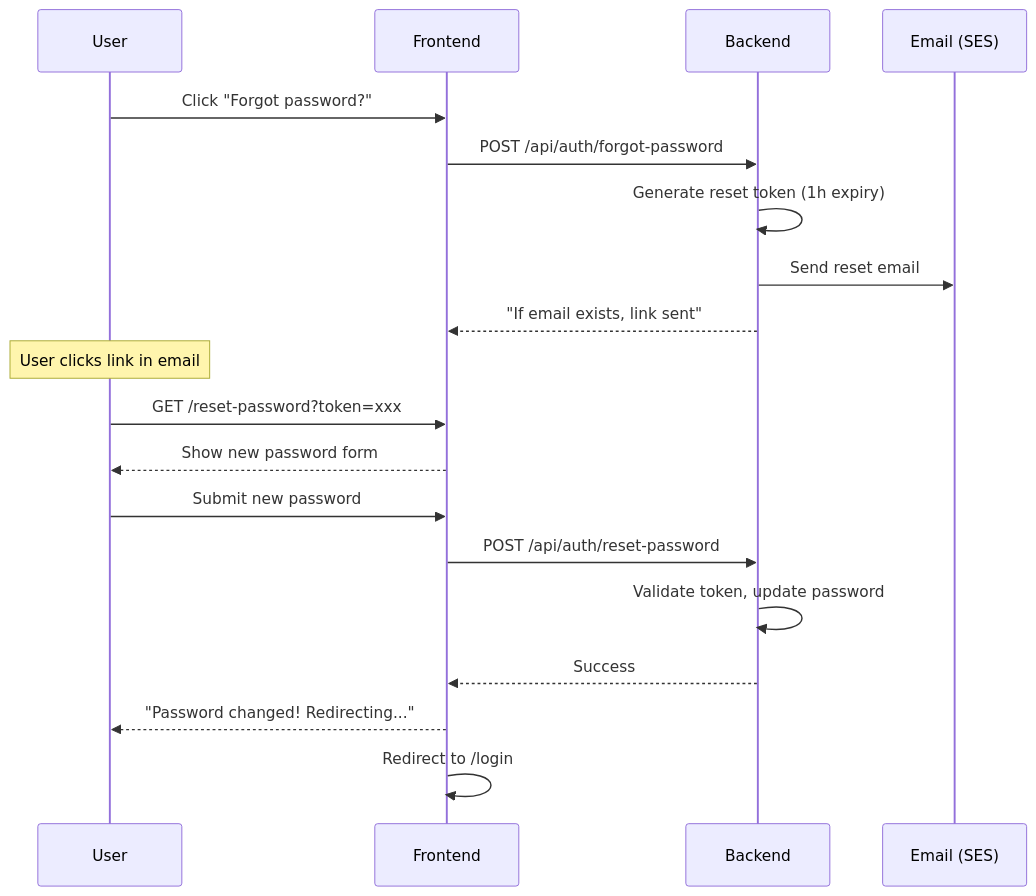
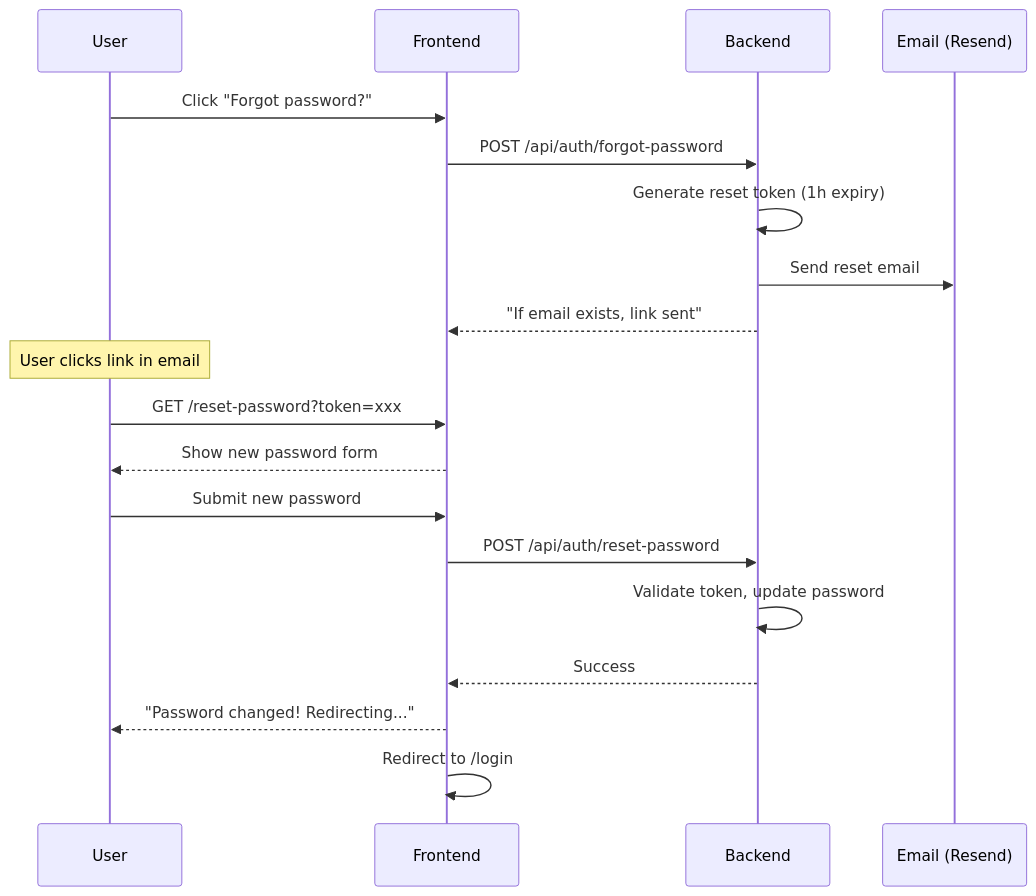
The third of 4 diagrams in README.md (marcinszewczykArch/starter), drawn with Mermaid before and after one commit. The commit also changed other lines of this file and 12 other files, not shown here.

First line of the commit message:
feat: replace AWS SES with Resend for email sending

````diff
--- a/README.md
+++ b/README.md
@@ -297,24 +297,24 @@
 ```mermaid
 sequenceDiagram
     participant U as User
     participant F as Frontend
     participant B as Backend
-    participant E as Email (SES)
+    participant E as Email (Resend)
 
     U->>F: Click "Forgot password?"
     F->>B: POST /api/auth/forgot-password
     B->>B: Generate reset token (1h expiry)
     B->>E: Send reset email
     B-->>F: "If email exists, link sent"
     
     Note over U: User clicks link in email
     U->>F: GET /reset-password?token=xxx
     F-->>U: Show new password form
     
     U->>F: Submit new password
     F->>B: POST /api/auth/reset-password
     B->>B: Validate token, update password
     B-->>F: Success
     F-->>U: "Password changed! Redirecting..."
     F->>F: Redirect to /login
 ```
````
